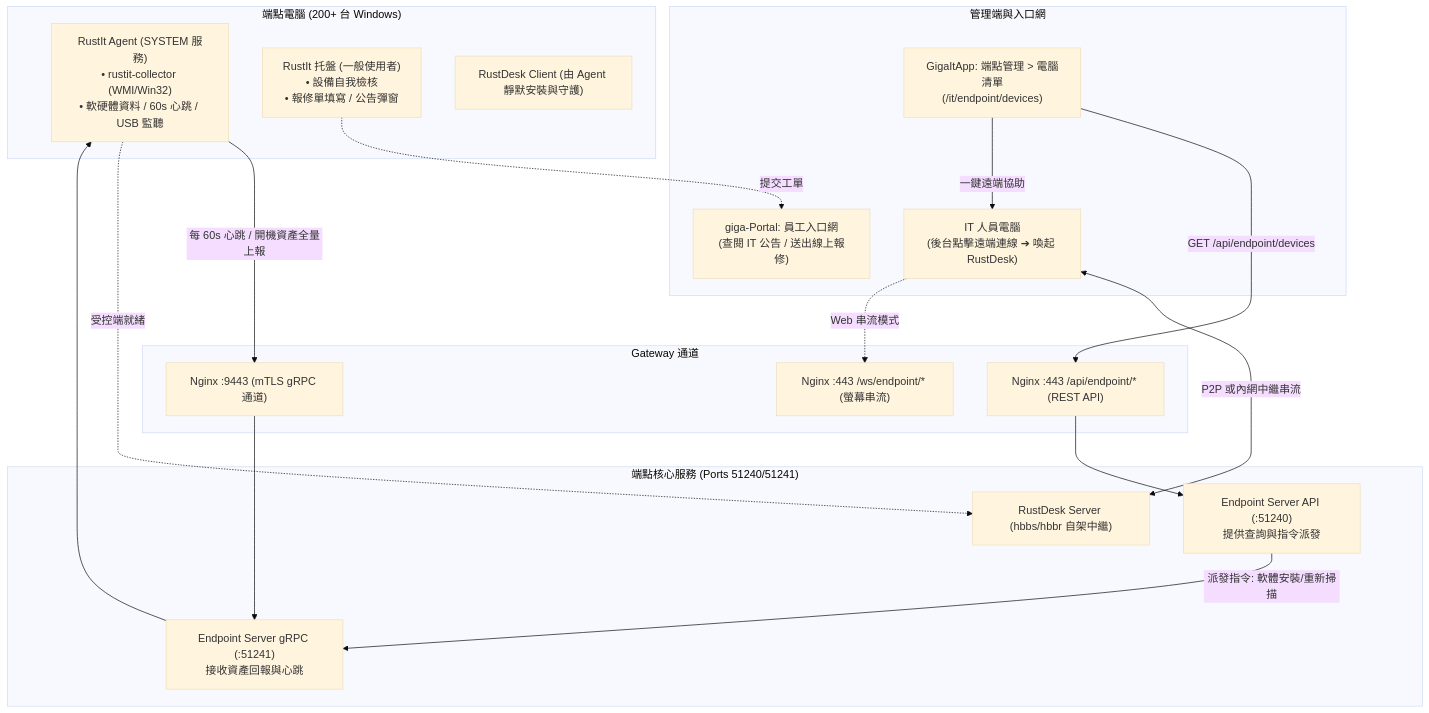
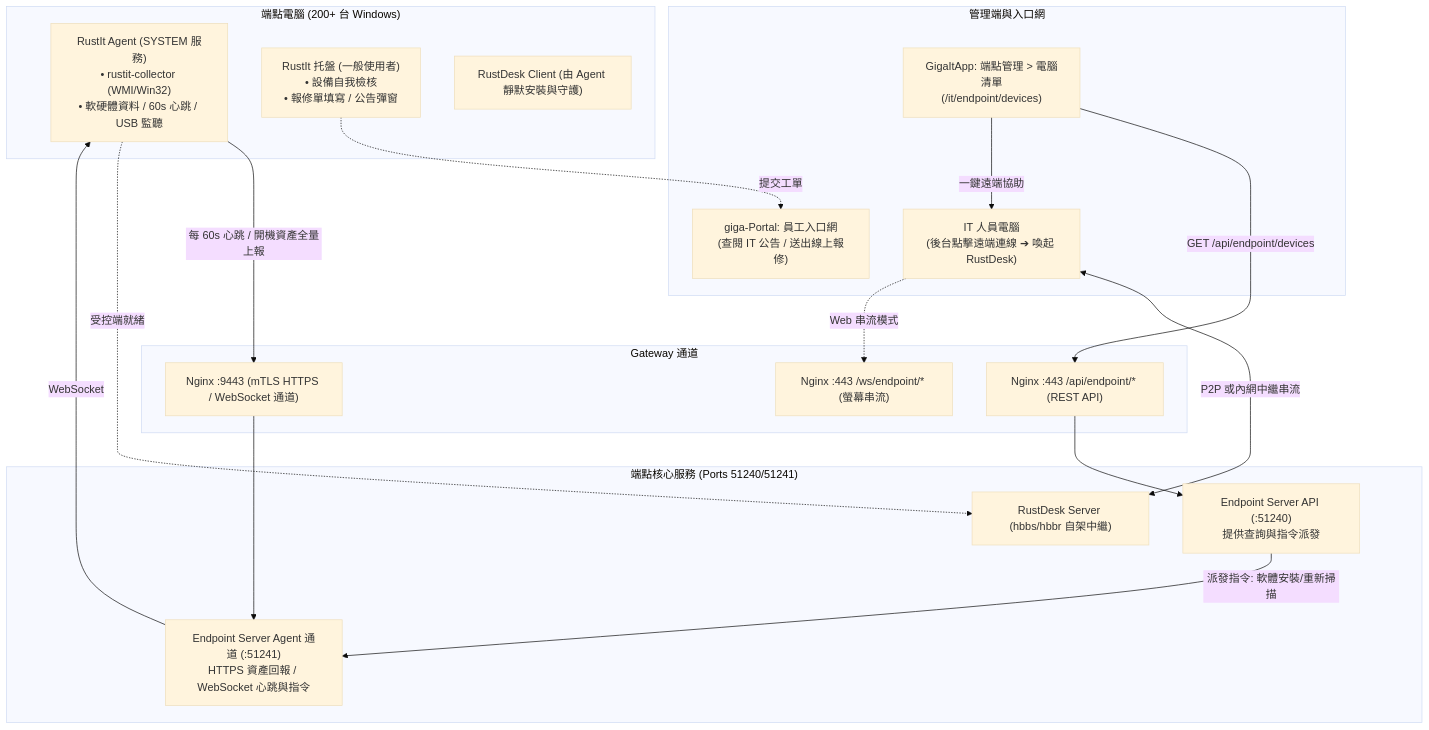
One commit to WeiWeicode/GigaNexusAI changed the fourth of 4 diagrams in PROJECT-MAP.md. Above: the diagram before and after it, drawn with Mermaid (base theme). The commit also changed other lines of this file and 6 other files, not shown here.

First line of the commit message:
docs: 計畫與架構對齊甘特圖;端點改 Rust + WebSocket

````diff
--- a/PROJECT-MAP.md
+++ b/PROJECT-MAP.md
@@ -256,38 +256,38 @@
 ```mermaid
 flowchart TD
     subgraph Endpoints ["端點電腦 (200+ 台 Windows)"]
         Agent["RustIt Agent (SYSTEM 服務)<br/>• rustit-collector (WMI/Win32)<br/>• 軟硬體資料 / 60s 心跳 / USB 監聽"]
         Tray["RustIt 托盤 (一般使用者)<br/>• 設備自我檢核<br/>• 報修單填寫 / 公告彈窗"]
         RDC["RustDesk Client (由 Agent 靜默安裝與守護)"]
     end
 
     subgraph GatewayChannel ["Gateway 通道"]
-        Port9443["Nginx :9443 (mTLS gRPC 通道)"]
+        Port9443["Nginx :9443 (mTLS HTTPS / WebSocket 通道)"]
         Port443_WS["Nginx :443 /ws/endpoint/* (螢幕串流)"]
         Port443_API["Nginx :443 /api/endpoint/* (REST API)"]
     end
 
     subgraph EndpointCore ["端點核心服務 (Ports 51240/51241)"]
-        EPS_gRPC["Endpoint Server gRPC (:51241)<br/>接收資產回報與心跳"]
+        EPS_Agent["Endpoint Server Agent 通道 (:51241)<br/>HTTPS 資產回報 / WebSocket 心跳與指令"]
         EPS_REST["Endpoint Server API (:51240)<br/>提供查詢與指令派發"]
         RDS["RustDesk Server (hbbs/hbbr 自架中繼)"]
     end
 
     subgraph Consoles ["管理端與入口網"]
         ItDevices["GigaItApp: 端點管理 > 電腦清單<br/>(/it/endpoint/devices)"]
         ItRemote["IT 人員電腦<br/>(後台點擊遠端連線 ➔ 喚起 RustDesk)"]
         PortalUser["giga-Portal: 員工入口網<br/>(查閱 IT 公告 / 送出線上報修)"]
     end
 
     %% 連線
-    Agent -->|"每 60s 心跳 / 開機資產全量上報"| Port9443 --> EPS_gRPC
+    Agent -->|"每 60s 心跳 / 開機資產全量上報"| Port9443 --> EPS_Agent
     Agent -.->|"受控端就緒"| RDS
 
     ItDevices -->|GET /api/endpoint/devices| Port443_API --> EPS_REST
     ItDevices -->|"一鍵遠端協助"| ItRemote
     ItRemote <-->|"P2P 或內網中繼串流"| RDS
     ItRemote -.->|Web 串流模式| Port443_WS
 
     Tray -.->|"提交工單"| PortalUser
-    EPS_REST -->|"派發指令: 軟體安裝/重新掃描"| EPS_gRPC --> Agent
+    EPS_REST -->|"派發指令: 軟體安裝/重新掃描"| EPS_Agent -->|WebSocket| Agent
 ```
````
